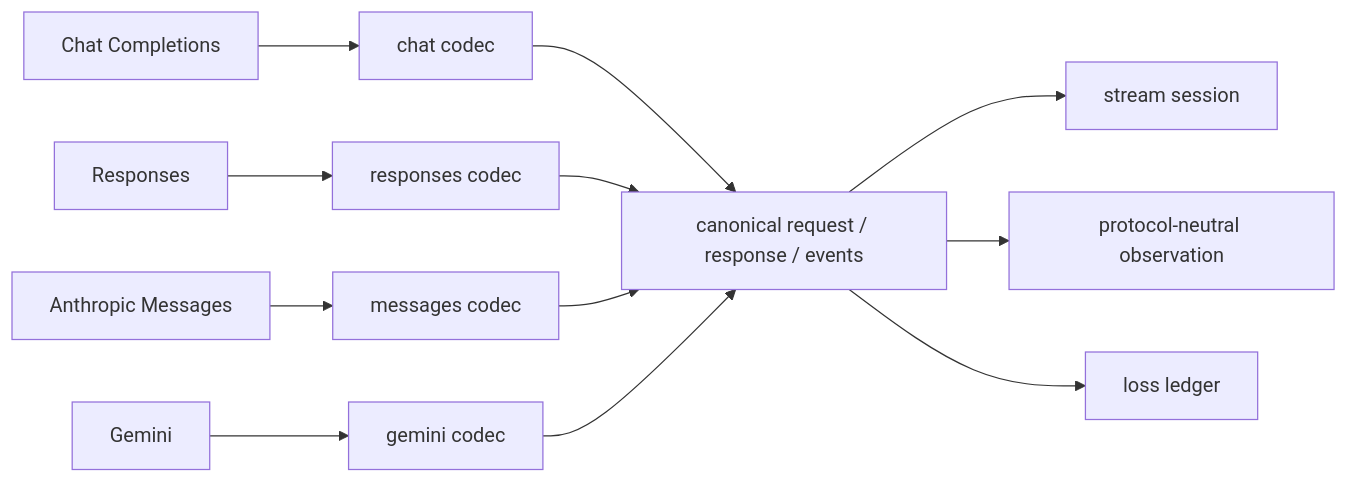
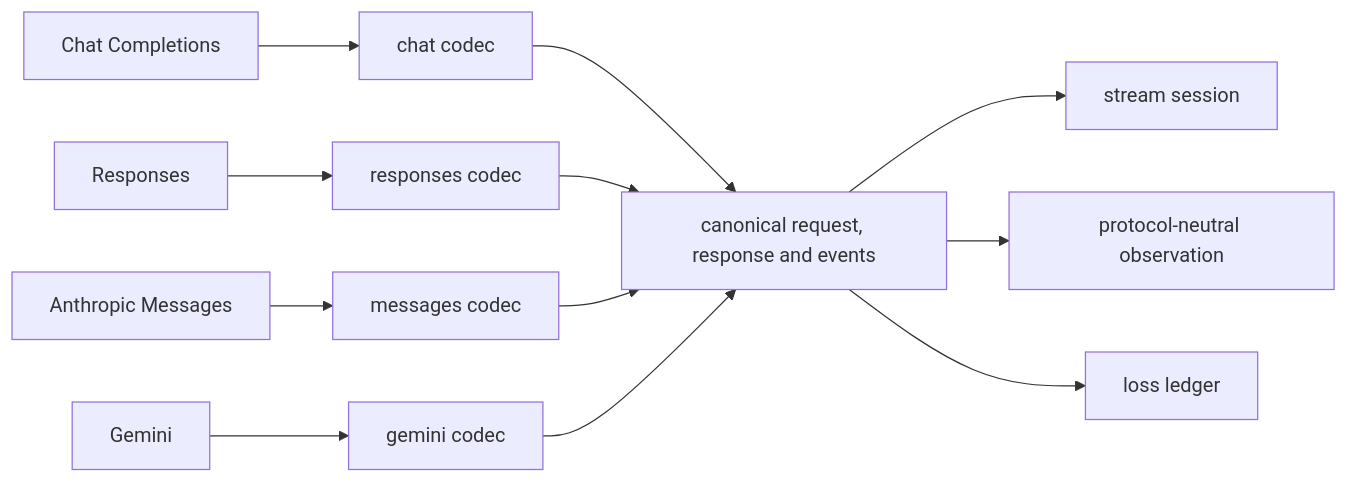
The diagram in docs/human/protocol-conversion.md (yv1ing/SafeAgent), drawn with Mermaid before and after one commit. The commit also changed other lines of this file and 494 other files, not shown here.

````diff
--- a/docs/human/protocol-conversion.md
+++ b/docs/human/protocol-conversion.md
@@ -11,14 +11,14 @@
 ```mermaid
 flowchart LR
     Chat["Chat Completions"] --> Codec["chat codec"]
     Responses["Responses"] --> Codec2["responses codec"]
     Messages["Anthropic Messages"] --> Codec3["messages codec"]
     Gemini["Gemini"] --> Codec4["gemini codec"]
-    Codec --> IR["canonical request / response / events"]
+    Codec --> IR["canonical request, response and events"]
     Codec2 --> IR
     Codec3 --> IR
     Codec4 --> IR
     IR --> Session["stream session"]
     IR --> Observe["protocol-neutral observation"]
     IR --> Ledger["loss ledger"]
 ```
````
